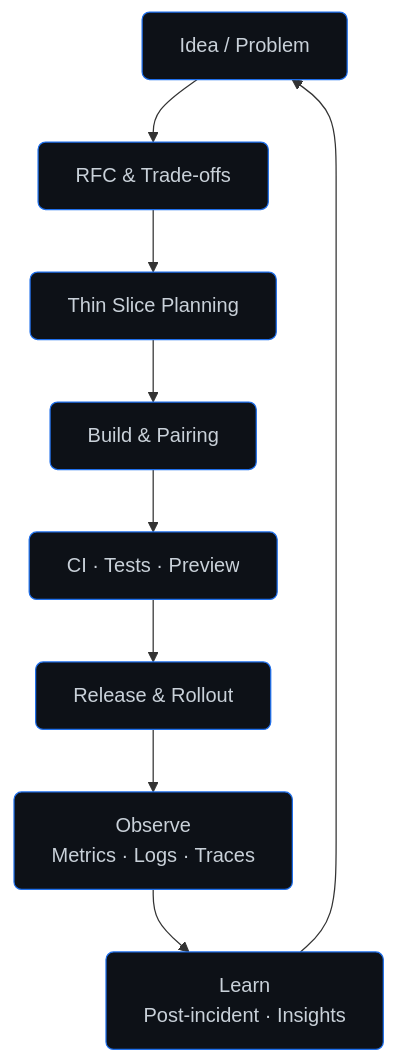
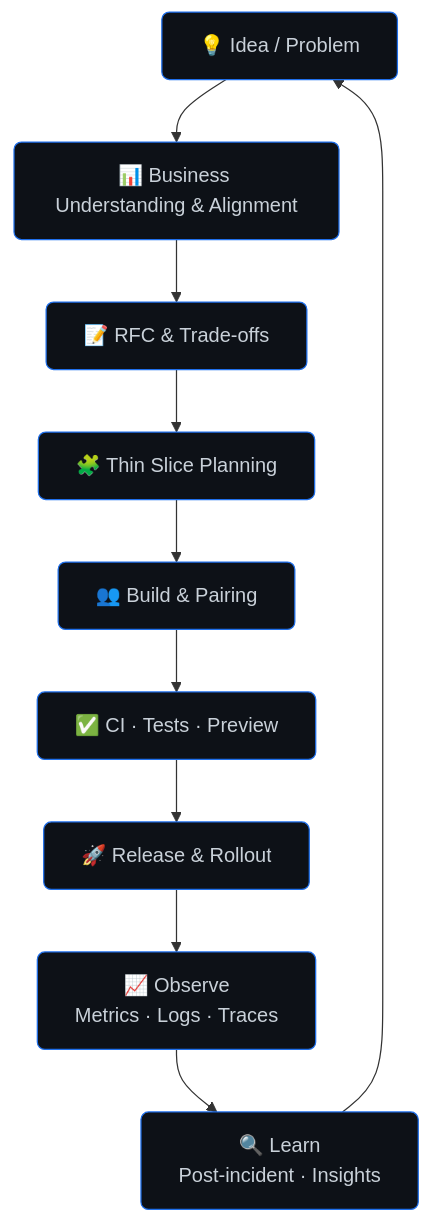
One commit to MobinRezaeifar/MobinRezaeifar changed the diagram in README.md. Above: the diagram before and after it, drawn with Mermaid.

````diff
--- a/README.md
+++ b/README.md
@@ -34,13 +34,14 @@
 ```mermaid
 flowchart TD
-  A["Idea / Problem"] --> B["RFC & Trade-offs"]
-  B --> C["Thin Slice Planning"]
-  C --> D["Build & Pairing"]
-  D --> E["CI · Tests · Preview"]
-  E --> F["Release & Rollout"]
-  F --> G["Observe<br/>Metrics · Logs · Traces"]
-  G --> H["Learn<br/>Post-incident · Insights"]
-  H --> A
+  A["💡 Idea / Problem"] --> B["📊 Business Understanding & Alignment"]
+  B --> C["📝 RFC & Trade-offs"]
+  C --> D["🧩 Thin Slice Planning"]
+  D --> E["👥 Build & Pairing"]
+  E --> F["✅ CI · Tests · Preview"]
+  F --> G["🚀 Release & Rollout"]
+  G --> H["📈 Observe<br/>Metrics · Logs · Traces"]
+  H --> I["🔍 Learn<br/>Post-incident · Insights"]
+  I --> A
   classDef primary fill:#0d1117,stroke:#1f6feb,stroke-width:1px,color:#c9d1d9,rx:6,ry:6
-  class A,B,C,D,E,F,G,H primary
+  class A,B,C,D,E,F,G,H,I primary
 ```
````
